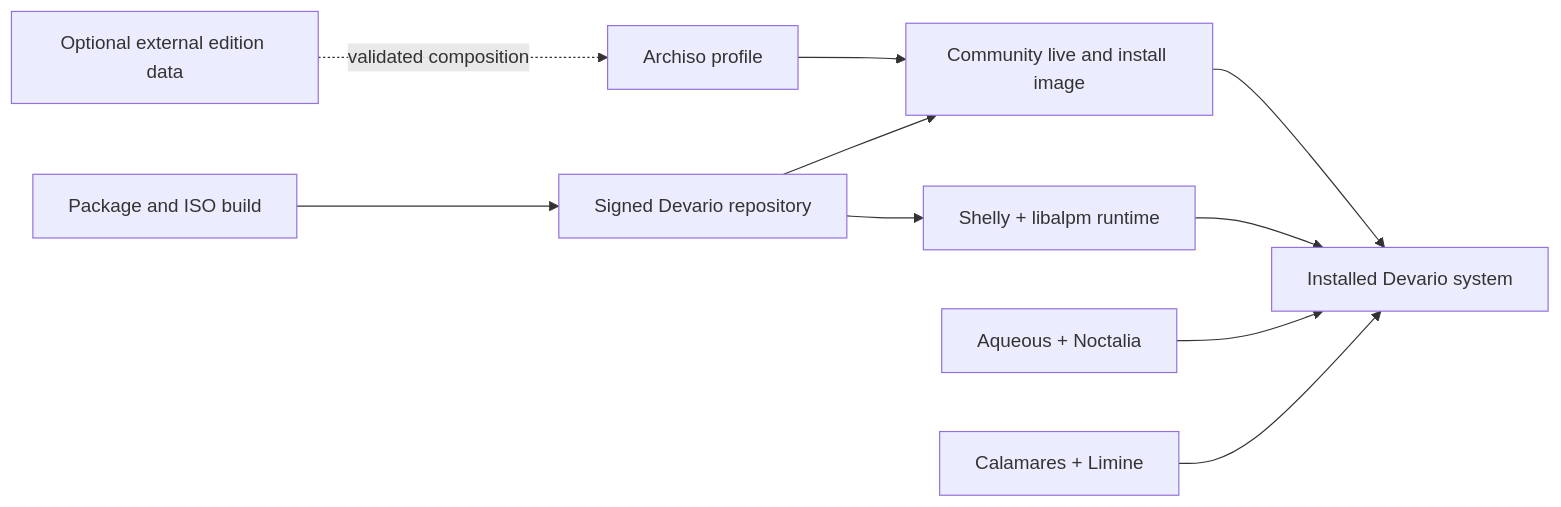
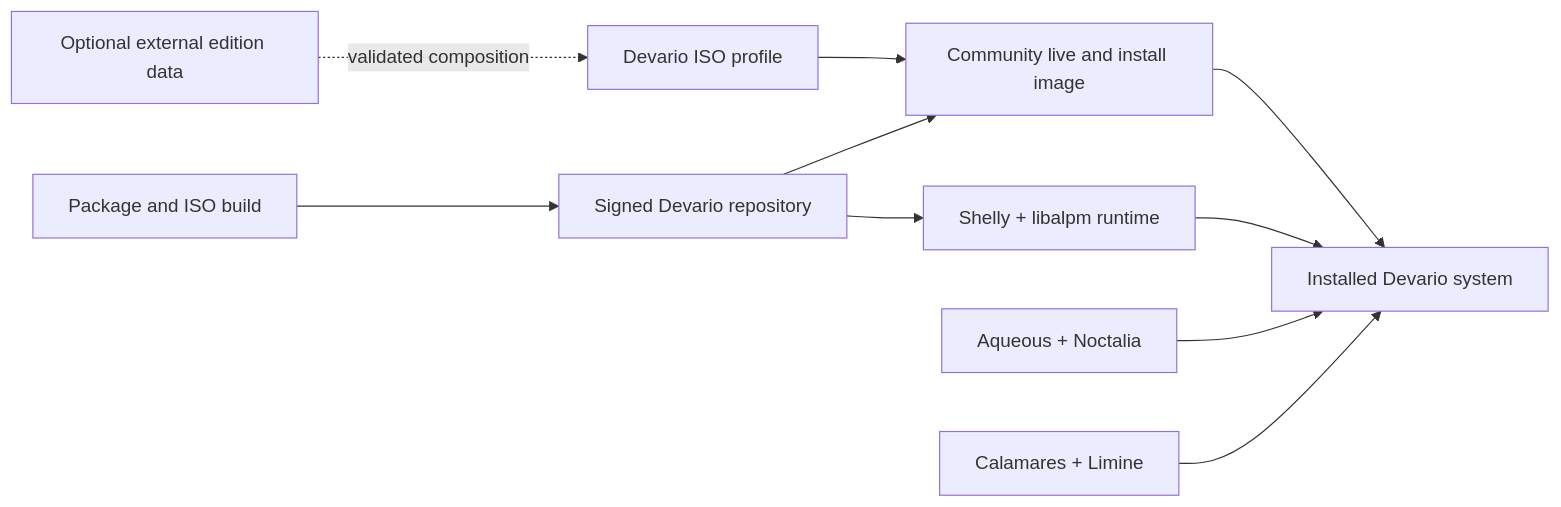
One commit to Seafoam-Labs/devario-os changed the diagram in docs/architecture.md. Above: the diagram before and after it, drawn with Mermaid. The commit also changed other lines of this file and 150 other files, not shown here.

Commit message:
Replace Archiso with the Devario builder and native repository contracts

````diff
--- a/docs/architecture.md
+++ b/docs/architecture.md
@@ -17,12 +17,12 @@
 ```mermaid
 flowchart LR
     Build["Package and ISO build"] --> Repo["Signed Devario repository"]
     Repo --> Shelly["Shelly + libalpm runtime"]
-    Profile["Archiso profile"] --> Image["Community live and install image"]
+    Profile["Devario ISO profile"] --> Image["Community live and install image"]
     Repo --> Image
     Image --> System["Installed Devario system"]
     Shelly --> System
     Desktop["Aqueous + Noctalia"] --> System
     Installer["Calamares + Limine"] --> System
     Edition["Optional external edition data"] -. "validated composition" .-> Profile
 ```
````
